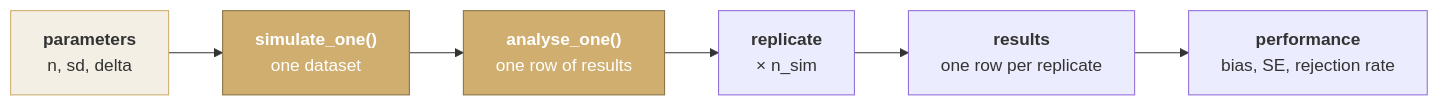
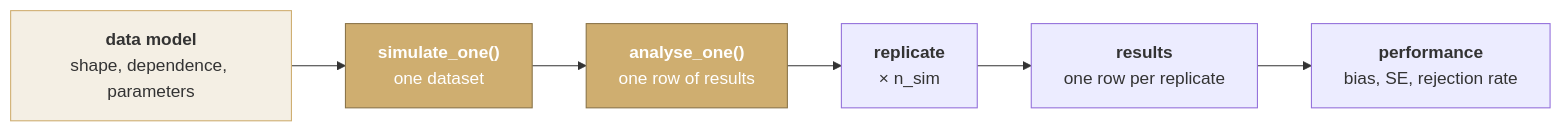
One commit to slzhao/BIOS6301-materials changed the diagram in course/session14/slides.qmd. Above: the diagram before and after it, drawn with Mermaid. The commit also changed other lines of this file and 4 other files, not shown here.

````diff
--- a/course/session14/slides.qmd
+++ b/course/session14/slides.qmd
@@ -421,13 +477,13 @@
 ```{mermaid}
 %%| echo: false
 %%| fig-width: 10
 flowchart LR
-  P["<b>parameters</b><br/>n, sd, delta"] --> S["<b>simulate_one()</b><br/>one dataset"]
+  P["<b>data model</b><br/>shape, dependence, parameters"] --> S["<b>simulate_one()</b><br/>one dataset"]
   S --> A["<b>analyse_one()</b><br/>one row of results"]
   A --> R["<b>replicate</b><br/>× n_sim"]
   R --> T["<b>results</b><br/>one row per replicate"]
   T --> M["<b>performance</b><br/>bias, SE, rejection rate"]
   style S fill:#CFAE70,stroke:#8a7448,color:#fff
   style A fill:#CFAE70,stroke:#8a7448,color:#fff
   style P fill:#f4efe4,stroke:#CFAE70
 ```
````
